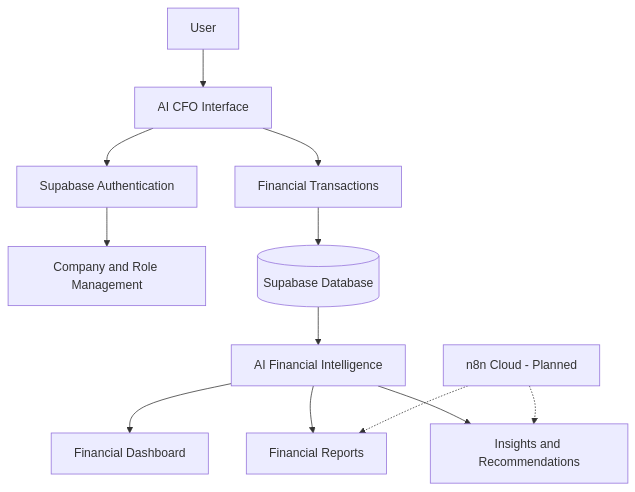
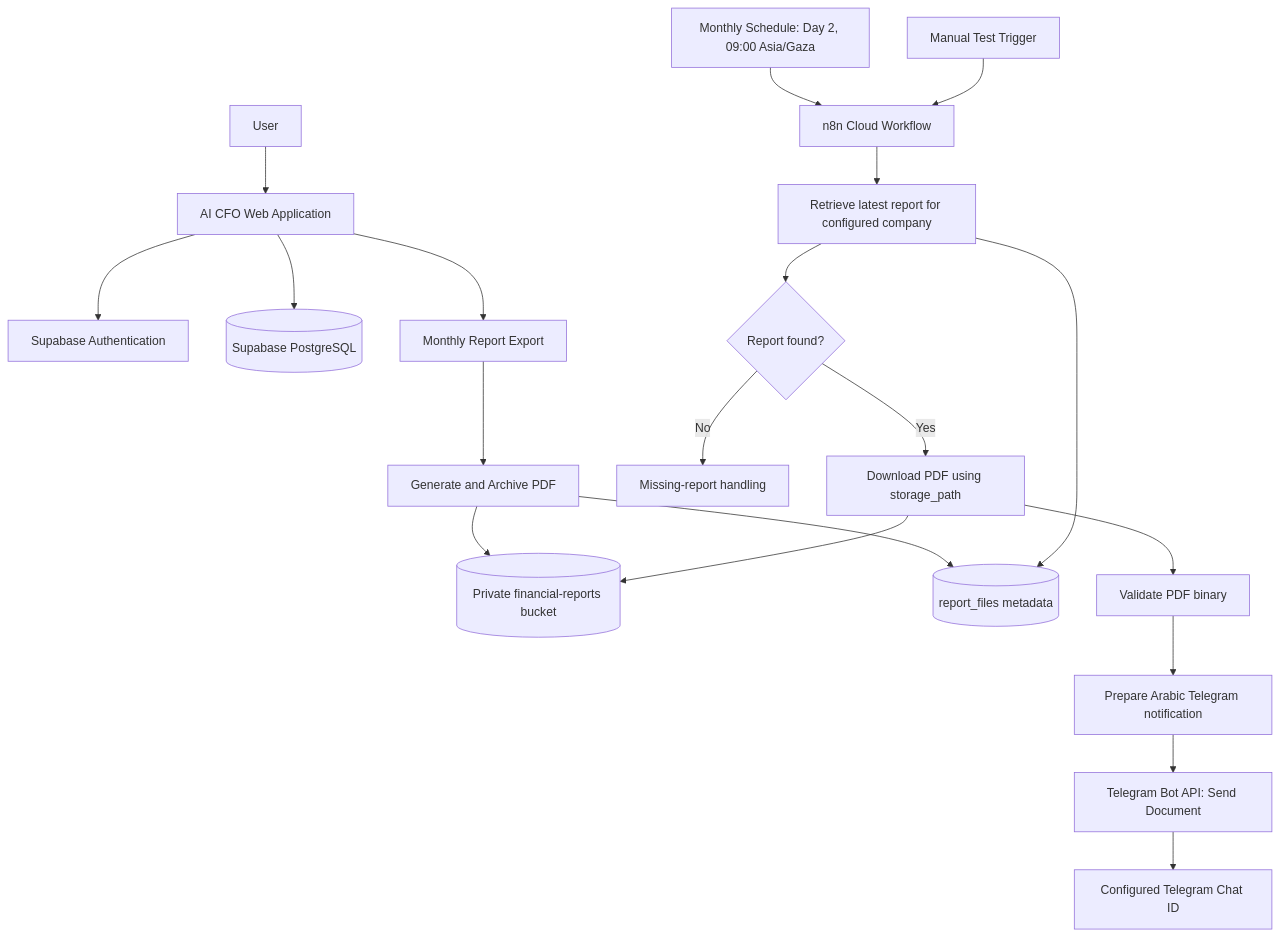
Before and after one commit to baraa-abuwatfa/Baraa-s-Portfolio-: the diagram in Final project -AICFO/02_Technical_Solution/SYSTEM_ARCHITECTURE.md, drawn with Mermaid. The commit also changed other lines of this file and 9 other files, not shown here.

Commit message:
Audit AI CFO docs and document configured Telegram report automation

````diff
--- a/Final project -AICFO/02_Technical_Solution/SYSTEM_ARCHITECTURE.md
+++ b/Final project -AICFO/02_Technical_Solution/SYSTEM_ARCHITECTURE.md
@@ -20,18 +11,23 @@
 ```mermaid
 flowchart TD
-    U[User] --> UI[AI CFO Interface]
-    UI --> AUTH[Supabase Authentication]
-    AUTH --> CM[Company and Role Management]
+    USER[User] --> APP[AI CFO Web Application]
+    APP --> AUTH[Supabase Authentication]
+    APP --> DB[(Supabase PostgreSQL)]
+    APP --> EXPORT[Monthly Report Export]
+    EXPORT --> PDF[Generate and Archive PDF]
+    PDF --> BUCKET[(Private financial-reports bucket)]
+    PDF --> META[(report_files metadata)]
 
-    UI --> TM[Financial Transactions]
-    TM --> DB[(Supabase Database)]
-
-    DB --> AI[AI Financial Intelligence]
-    AI --> DASH[Financial Dashboard]
-    AI --> REP[Financial Reports]
-    AI --> INS[Insights and Recommendations]
-
-    N8N[n8n Cloud - Planned]
-    N8N -.-> REP
-    N8N -.-> INS
+    SCHED[Monthly Schedule: Day 2, 09:00 Asia/Gaza] --> N8N[n8n Cloud Workflow]
+    MANUAL[Manual Test Trigger] --> N8N
+    N8N --> LOOKUP[Retrieve latest report for configured company]
+    LOOKUP --> META
+    LOOKUP --> FOUND{Report found?}
+    FOUND -->|No| NOREPORT[Missing-report handling]
+    FOUND -->|Yes| DOWNLOAD[Download PDF using storage_path]
+    DOWNLOAD --> BUCKET
+    DOWNLOAD --> VALIDATE[Validate PDF binary]
+    VALIDATE --> MESSAGE[Prepare Arabic Telegram notification]
+    MESSAGE --> SEND[Telegram Bot API: Send Document]
+    SEND --> CHAT[Configured Telegram Chat ID]
 ```
````
